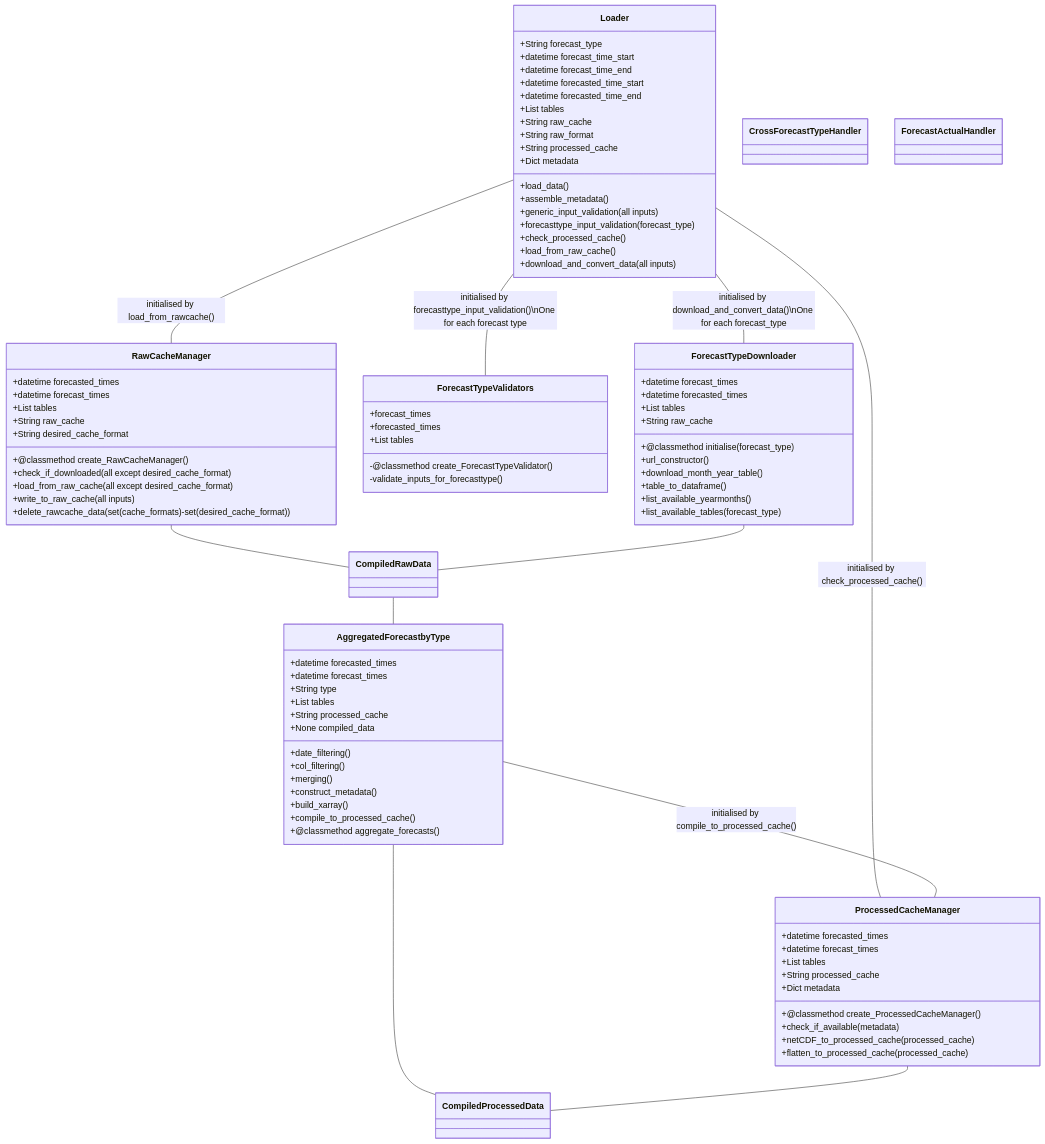
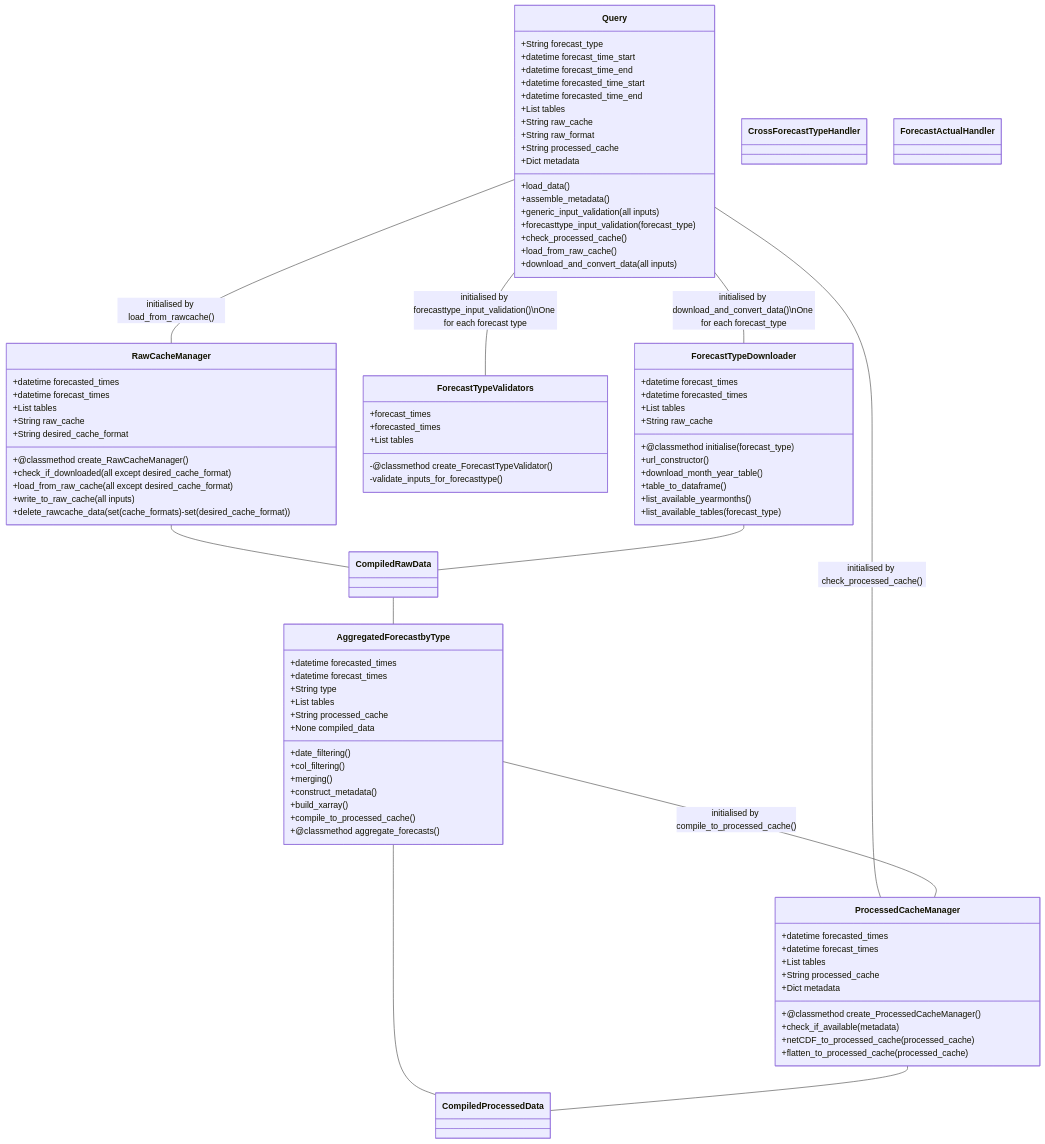
One commit to UNSW-CEEM/NEMSEER changed the diagram in ROADMAP.md. Above: the diagram before and after it, drawn with Mermaid. The commit also changed other lines of this file and 7 other files, not shown here.

Commit message:
rename loader to query

````diff
--- a/ROADMAP.md
+++ b/ROADMAP.md
@@ -34,7 +34,7 @@
 ```mermaid
 classDiagram
 
-    class Loader{
+    class Query{
       +String forecast_type
       +datetime forecast_time_start
       +datetime forecast_time_end
@@ -121,10 +121,10 @@
 
     }
 
-    Loader -- ForecastTypeValidators :initialised by forecasttype_input_validation()\nOne for each forecast type
-    Loader -- RawCacheManager :initialised by load_from_rawcache()
-    Loader -- ProcessedCacheManager :initialised by check_processed_cache()
-    Loader -- ForecastTypeDownloader :initialised by download_and_convert_data()\nOne for each forecast_type
+    Query -- ForecastTypeValidators :initialised by forecasttype_input_validation()\nOne for each forecast type
+    Query -- RawCacheManager :initialised by load_from_rawcache()
+    Query -- ProcessedCacheManager :initialised by check_processed_cache()
+    Query -- ForecastTypeDownloader :initialised by download_and_convert_data()\nOne for each forecast_type
     AggregatedForecastbyType -- ProcessedCacheManager : initialised by compile_to_processed_cache()
     RawCacheManager -- CompiledRawData
     ForecastTypeDownloader --CompiledRawData
````
